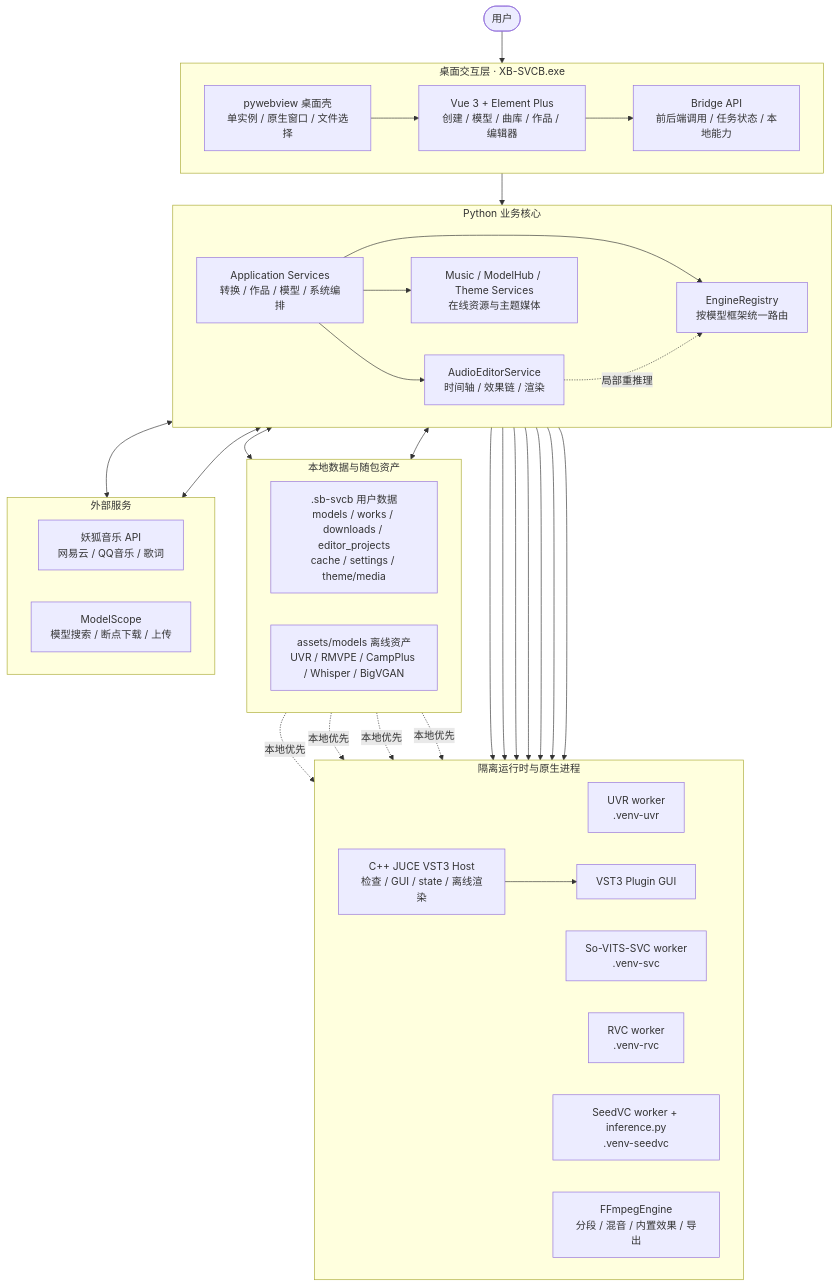
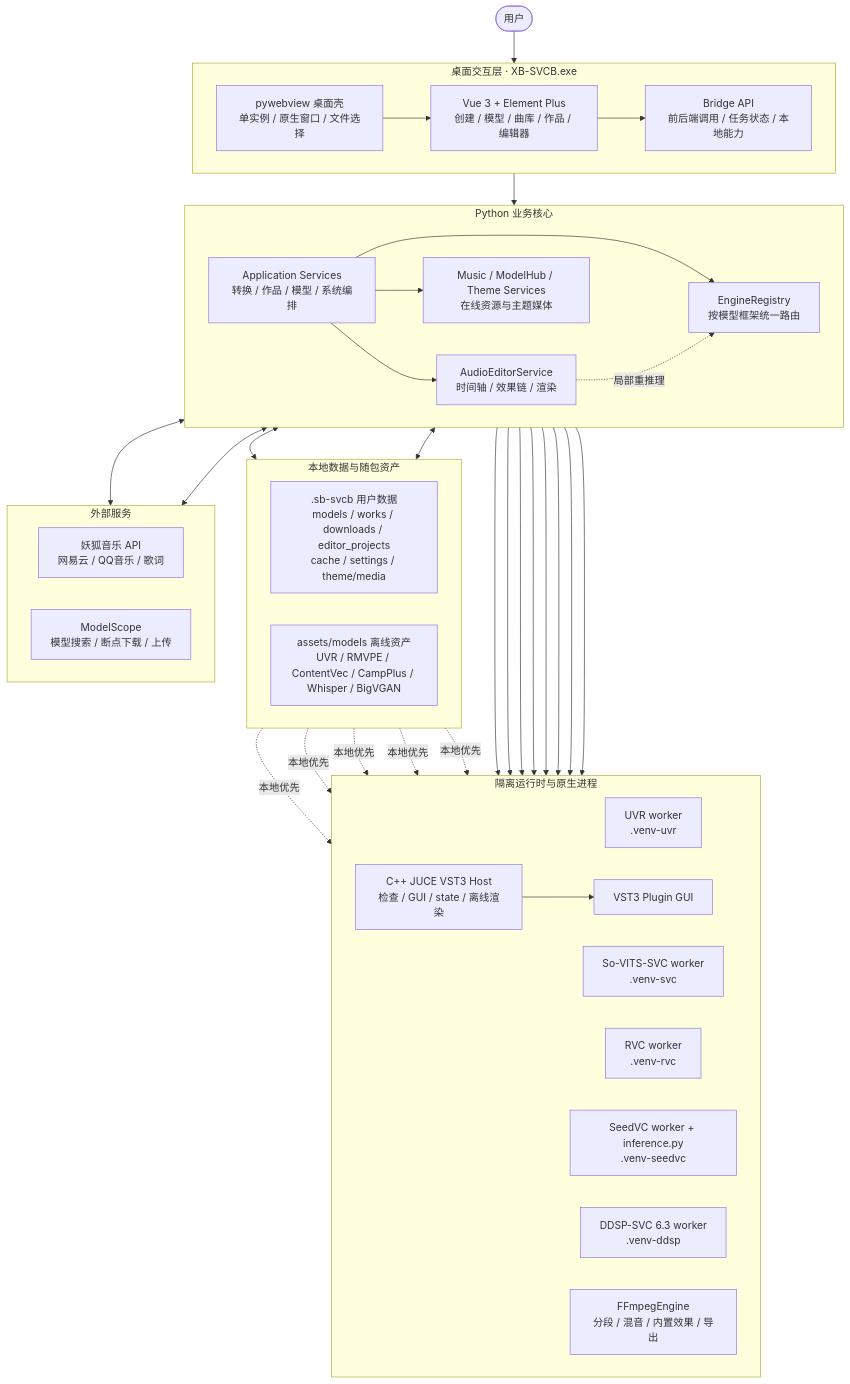
Before and after one commit to SDIJF1521/xb-svcb: the first of 3 diagrams in README.md, drawn with Mermaid. The commit also changed other lines of this file and 49 other files, not shown here.

Commit message:
v0.0.20 · DDSP-SVC 6.3 + 全局消息同步 + UVR 设备修复 + 编辑器工作流

````diff
--- a/README.md
+++ b/README.md
@@ -94,66 +94,69 @@
 ```mermaid
 flowchart TB
     USER([用户])
 
     subgraph DESKTOP["桌面交互层 · XB-SVCB.exe"]
         direction LR
         SHELL["pywebview 桌面壳<br/>单实例 / 原生窗口 / 文件选择"]
         WEB["Vue 3 + Element Plus<br/>创建 / 模型 / 曲库 / 作品 / 编辑器"]
         BRIDGE["Bridge API<br/>前后端调用 / 任务状态 / 本地能力"]
         SHELL --> WEB --> BRIDGE
     end
 
     subgraph CORE["Python 业务核心"]
         direction LR
         APP["Application Services<br/>转换 / 作品 / 模型 / 系统编排"]
         ROUTER["EngineRegistry<br/>按模型框架统一路由"]
         EDITOR["AudioEditorService<br/>时间轴 / 效果链 / 渲染"]
         CONNECT["Music / ModelHub / Theme Services<br/>在线资源与主题媒体"]
         APP --> ROUTER
         APP --> EDITOR
         APP --> CONNECT
     end
 
     subgraph RUNTIME["隔离运行时与原生进程"]
         direction LR
         UVR["UVR worker<br/>.venv-uvr"]
         SVC["So-VITS-SVC worker<br/>.venv-svc"]
         RVC["RVC worker<br/>.venv-rvc"]
         SEED["SeedVC worker + inference.py<br/>.venv-seedvc"]
+        DDSP["DDSP-SVC 6.3 worker<br/>.venv-ddsp"]
         FFMPEG["FFmpegEngine<br/>分段 / 混音 / 内置效果 / 导出"]
         JUCE["C++ JUCE VST3 Host<br/>检查 / GUI / state / 离线渲染"]
         VST["VST3 Plugin GUI"]
         JUCE --> VST
     end
 
     subgraph STORAGE["本地数据与随包资产"]
         direction LR
         DATA[".sb-svcb 用户数据<br/>models / works / downloads / editor_projects<br/>cache / settings / theme/media"]
-        ASSETS["assets/models 离线资产<br/>UVR / RMVPE / CampPlus / Whisper / BigVGAN"]
+        ASSETS["assets/models 离线资产<br/>UVR / RMVPE / ContentVec / CampPlus / Whisper / BigVGAN"]
     end
 
     subgraph ONLINE["外部服务"]
         direction LR
         MUSIC["妖狐音乐 API<br/>网易云 / QQ音乐 / 歌词"]
         HUB["ModelScope<br/>模型搜索 / 断点下载 / 上传"]
     end
 
     USER --> SHELL
     BRIDGE --> APP
     APP --> UVR
     APP --> FFMPEG
     ROUTER --> SVC
     ROUTER --> RVC
     ROUTER --> SEED
+    ROUTER --> DDSP
     EDITOR --> FFMPEG
     EDITOR --> JUCE
     EDITOR -. 局部重推理 .-> ROUTER
     APP <--> DATA
     CONNECT <--> DATA
     CONNECT <--> MUSIC
     CONNECT <--> HUB
     ASSETS -. 本地优先 .-> UVR
     ASSETS -. 本地优先 .-> SVC
     ASSETS -. 本地优先 .-> RVC
     ASSETS -. 本地优先 .-> SEED
+    ASSETS -. 本地优先 .-> DDSP
 ```
````
